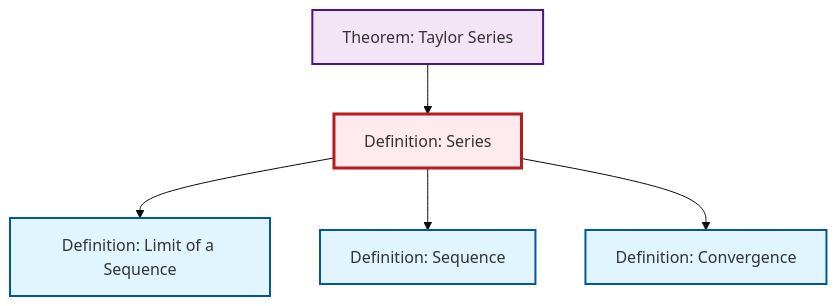
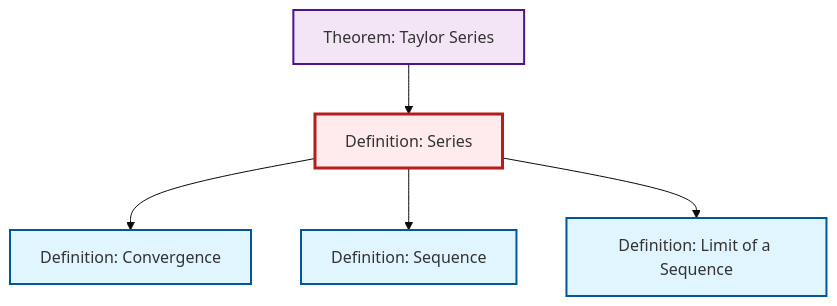
One commit to RK0429/ModernMath changed the diagram in content/en/analysis/def-series.qmd. Above: the diagram before and after it, drawn with Mermaid (base theme). The commit also changed other lines of this file and 1069 other files, not shown here.

````diff
--- a/content/en/analysis/def-series.qmd
+++ b/content/en/analysis/def-series.qmd
@@ -90,23 +90,23 @@
 ```{mermaid}
 %%| fig-cap: "Local dependency graph"
 graph TD
     classDef definition fill:#e1f5fe,stroke:#01579b,stroke-width:2px
     classDef theorem fill:#f3e5f5,stroke:#4a148c,stroke-width:2px
     classDef axiom fill:#fff3e0,stroke:#e65100,stroke-width:2px
     classDef example fill:#e8f5e9,stroke:#1b5e20,stroke-width:2px
     classDef current fill:#ffebee,stroke:#b71c1c,stroke-width:3px
+    def-limit["Definition: Limit of a Sequence"]:::definition
+    def-series["Definition: Series"]:::definition
+    def-sequence["Definition: Sequence"]:::definition
     def-convergence["Definition: Convergence"]:::definition
-    def-series["Definition: Series"]:::definition
     thm-taylor-series["Theorem: Taylor Series"]:::theorem
-    def-limit["Definition: Limit of a Sequence"]:::definition
-    def-sequence["Definition: Sequence"]:::definition
-    def-series --> def-limit
-    def-series --> def-sequence
     thm-taylor-series --> def-series
     def-series --> def-convergence
+    def-series --> def-sequence
+    def-series --> def-limit
     class def-series current
+    click def-limit "def-limit.html" "Go to Limit of a Sequence definition"
+    click def-sequence "def-sequence.html" "Go to Sequence definition"
     click def-convergence "def-convergence.html" "Go to Convergence definition"
     click thm-taylor-series "thm-taylor-series.html" "Go to Taylor Series theorem"
-    click def-limit "def-limit.html" "Go to Limit of a Sequence definition"
-    click def-sequence "def-sequence.html" "Go to Sequence definition"
 ```
````
